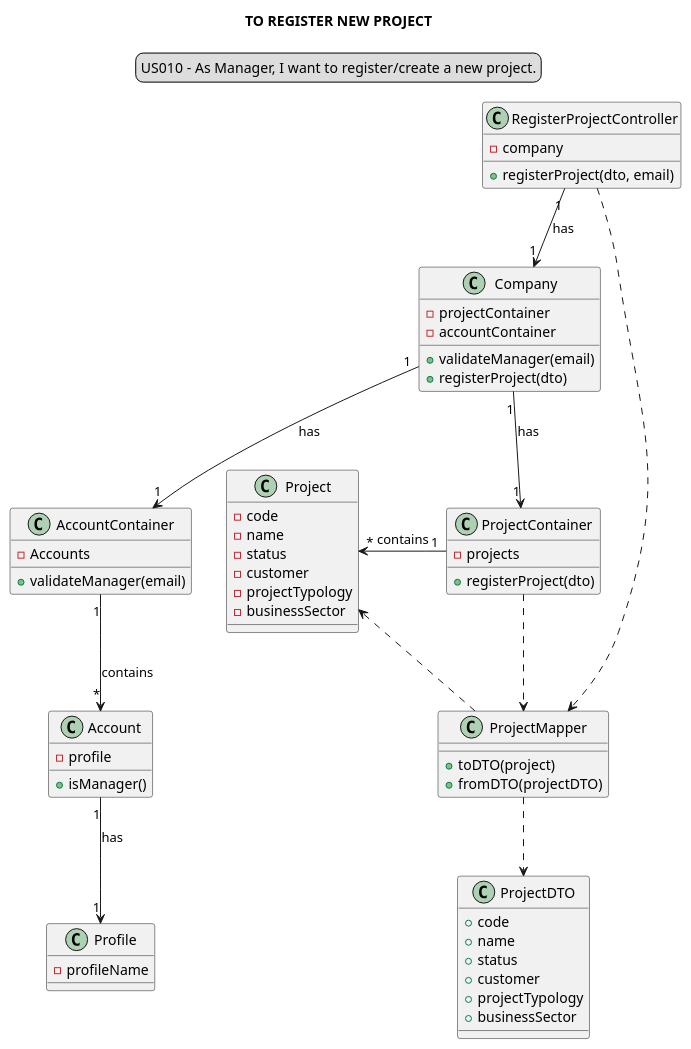
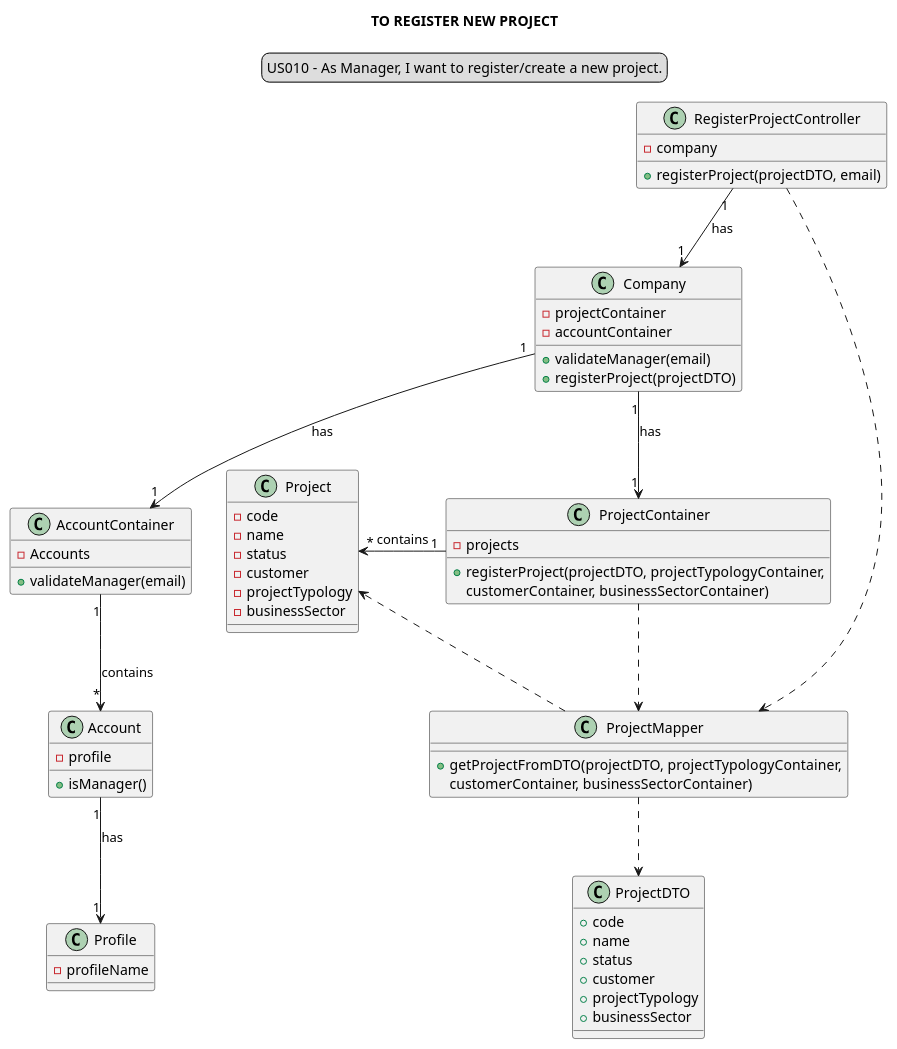
One commit to Loracline/project_switch_22-23 changed the diagram in docs/modelling_design/user_stories/sprint02/us010/US010_classDiagram.puml. Above: the diagram before and after it, drawn with PlantUML. The commit also changed 18 other files, not shown here.

```diff
--- a/docs/modelling_design/user_stories/sprint02/us010/US010_classDiagram.puml
+++ b/docs/modelling_design/user_stories/sprint02/us010/US010_classDiagram.puml
@@ -1,73 +1,74 @@
 @startuml
 
 skinparam sequenceMessageAlign center
 title TO REGISTER NEW PROJECT
 legend top
 US010 - As Manager, I want to register/create a new project.
 end legend
 
 class RegisterProjectController {
 - company
-+ registerProject(dto, email)
++ registerProject(projectDTO, email)
 }
 
 
 class Company {
 - projectContainer
 - accountContainer
 + validateManager(email)
-+ registerProject(dto)
++ registerProject(projectDTO)
 }
 class AccountContainer {
 + validateManager(email)
 - Accounts
 }
 
 class Account {
 + isManager()
 - profile
 }
 
 class Profile {
 -profileName
 }
 
 class ProjectContainer {
 - projects
-+ registerProject(dto)
++ registerProject(projectDTO, projectTypologyContainer,
+customerContainer, businessSectorContainer)
 }
 
 class ProjectMapper{
-+ toDTO(project)
-+ fromDTO(projectDTO)
++ getProjectFromDTO(projectDTO, projectTypologyContainer,
+                                customerContainer, businessSectorContainer)
 }
 
 class ProjectDTO{
 + code
 + name
 + status
 + customer
 + projectTypology
 + businessSector
 }
 
 class Project{
 - code
 - name
 - status
 - customer
 - projectTypology
 - businessSector
 }
 
 RegisterProjectController "1"-->"1" Company: has
 Company "1"-->"1" ProjectContainer: has
 Company "1"-->"1" AccountContainer: has
 AccountContainer "1"-->"*" Account: contains
 Account "1"-->"1" Profile: has
 ProjectMapper ..> ProjectDTO
 ProjectContainer ..> ProjectMapper
 RegisterProjectController ..> ProjectMapper
 ProjectMapper ..> Project
 ProjectContainer "1" -left-> "*" Project: contains
 @enduml
```
